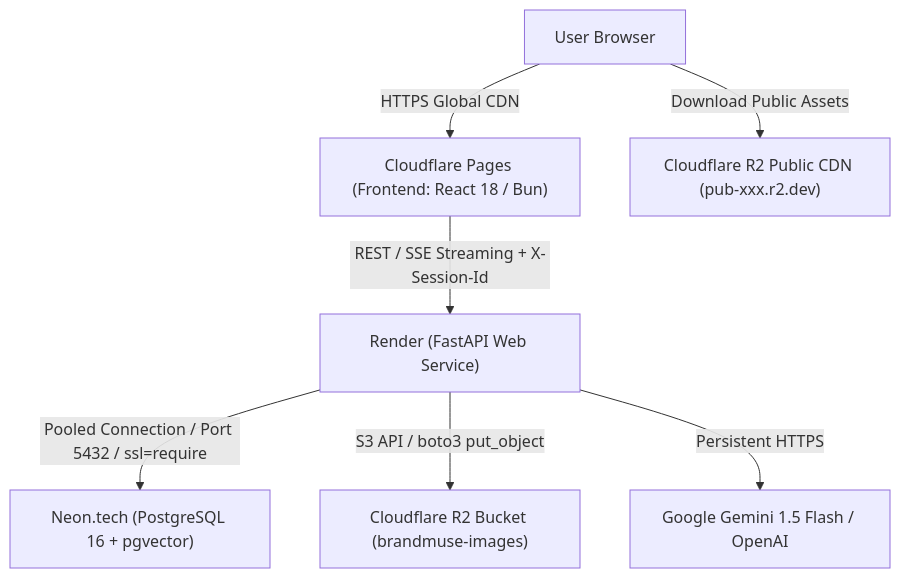
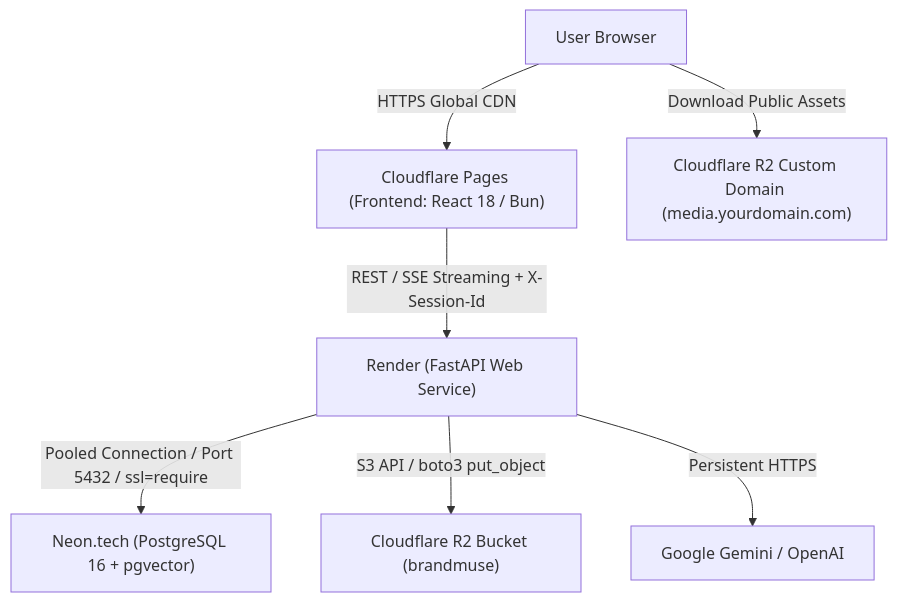
One commit to rflishrl/brandmuse changed the diagram in DEPLOYMENT_NEON_R2.md. Above: the diagram before and after it, drawn with Mermaid. The commit also changed other lines of this file and 43 other files, not shown here.

````diff
--- a/DEPLOYMENT_NEON_R2.md
+++ b/DEPLOYMENT_NEON_R2.md
@@ -13,9 +13,9 @@
 ```mermaid
 graph TD
     User["User Browser"] -->|HTTPS Global CDN| Pages["Cloudflare Pages (Frontend: React 18 / Bun)"]
     Pages -->|REST / SSE Streaming + X-Session-Id| Render["Render (FastAPI Web Service)"]
     Render -->|Pooled Connection / Port 5432 / ssl=require| Neon["Neon.tech (PostgreSQL 16 + pgvector)"]
-    Render -->|S3 API / boto3 put_object| R2["Cloudflare R2 Bucket (brandmuse-images)"]
-    Render -->|Persistent HTTPS| AI["Google Gemini 1.5 Flash / OpenAI"]
-    User -->|Download Public Assets| R2Public["Cloudflare R2 Public CDN (pub-xxx.r2.dev)"]
+    Render -->|S3 API / boto3 put_object| R2["Cloudflare R2 Bucket (brandmuse)"]
+    Render -->|Persistent HTTPS| AI["Google Gemini / OpenAI"]
+    User -->|Download Public Assets| R2Public["Cloudflare R2 Custom Domain (media.yourdomain.com)"]
 ```
````
